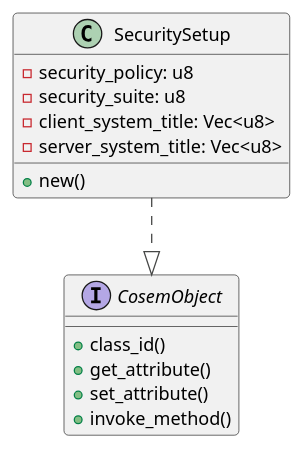
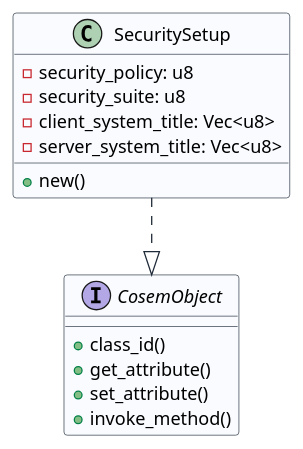
The diagram in diagrams/security_setup_class_diagram.puml (gvtret/DLMS.COSEM.rs), drawn with PlantUML before and after one commit. The commit also changed 32 other files, not shown here.

```diff
--- a/diagrams/security_setup_class_diagram.puml
+++ b/diagrams/security_setup_class_diagram.puml
@@ -1,21 +1,27 @@
 @startuml
-!theme vibrant
+skinparam backgroundColor #FFFFFF
+skinparam shadowing false
+skinparam class {
+  BackgroundColor #F9FBFF
+  ArrowColor #1F2A38
+  BorderColor #1F2A38
+}
 
 class SecuritySetup {
   - security_policy: u8
   - security_suite: u8
   - client_system_title: Vec<u8>
   - server_system_title: Vec<u8>
   + new()
 }
 
 interface CosemObject {
   + class_id()
   + get_attribute()
   + set_attribute()
   + invoke_method()
 }
 
 SecuritySetup ..|> CosemObject
 
 @enduml
```
